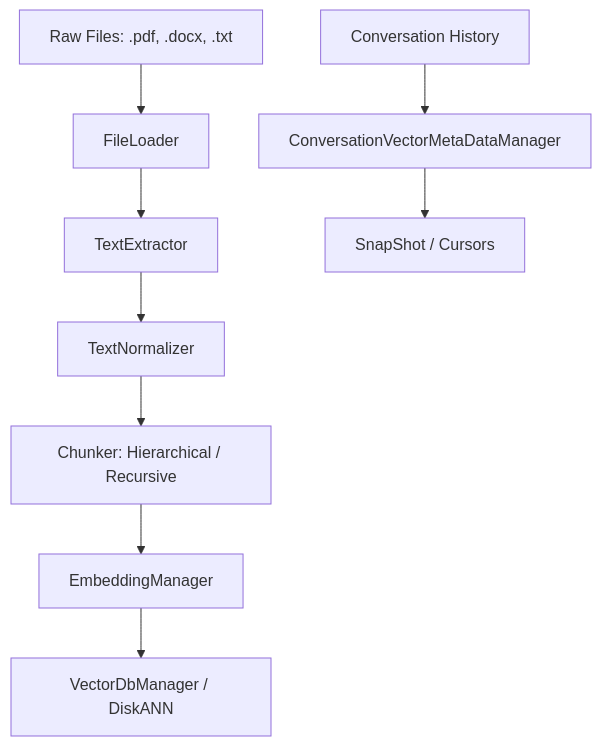
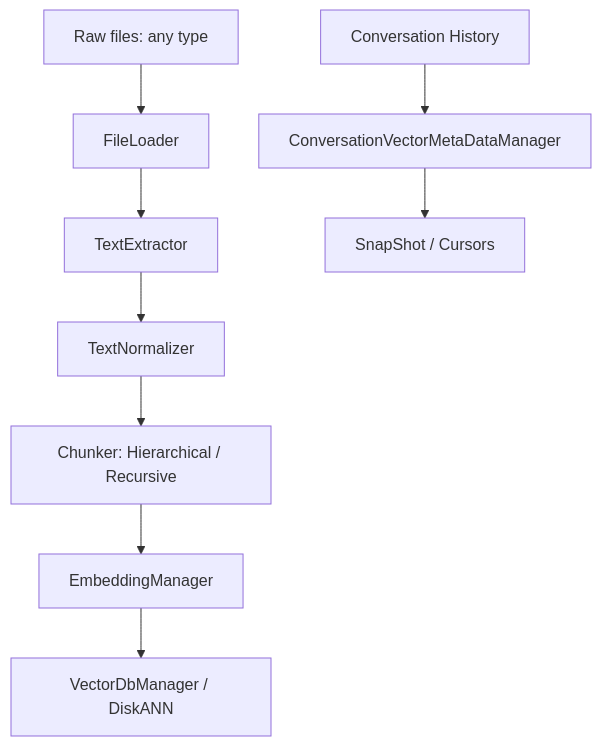
The diagram in backend/app/docs/core_docs/index.md (Ajaysvasan/atlas), drawn with Mermaid before and after one commit. The commit also changed other lines of this file and 34 other files, not shown here.

````diff
--- a/backend/app/docs/core_docs/index.md
+++ b/backend/app/docs/core_docs/index.md
@@ -47,12 +47,12 @@
 ```mermaid
 graph TD
-    A[Raw Files: .pdf, .docx, .txt] --> B[FileLoader]
+    A[Raw files: any type] --> B[FileLoader]
     B --> C[TextExtractor]
     C --> D[TextNormalizer]
     D --> E[Chunker: Hierarchical / Recursive]
     E --> F[EmbeddingManager]
     F --> G[VectorDbManager / DiskANN]
     
     H[Conversation History] --> I[ConversationVectorMetaDataManager]
     I --> J[SnapShot / Cursors]
 ```
````
